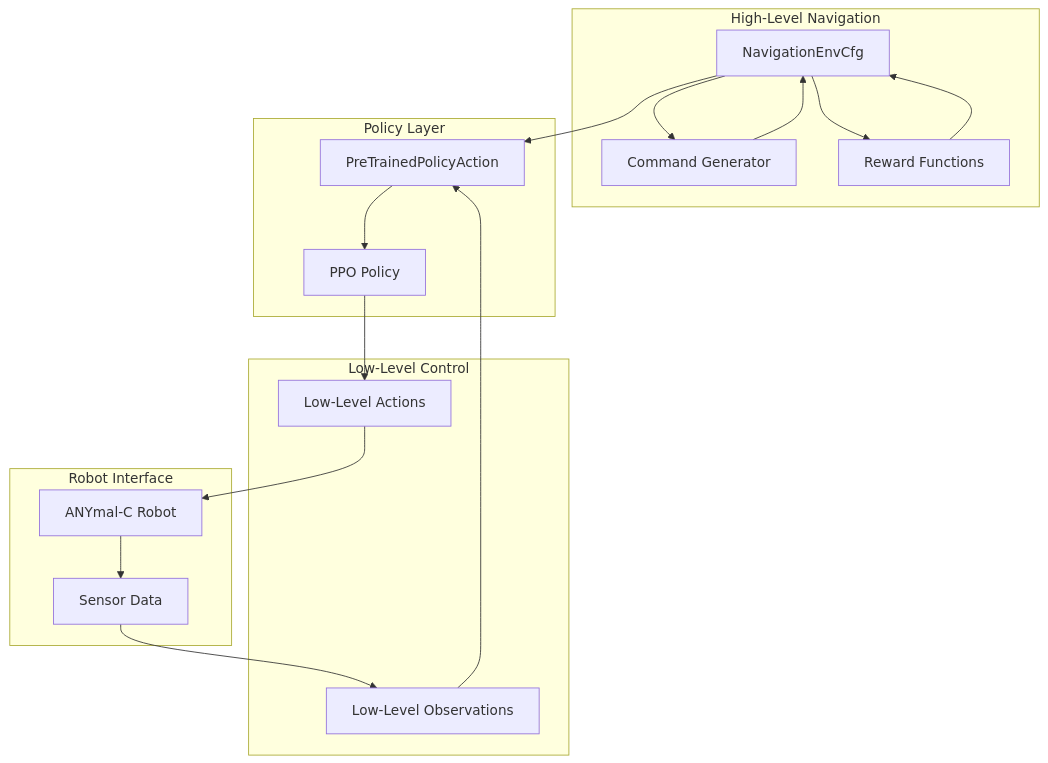
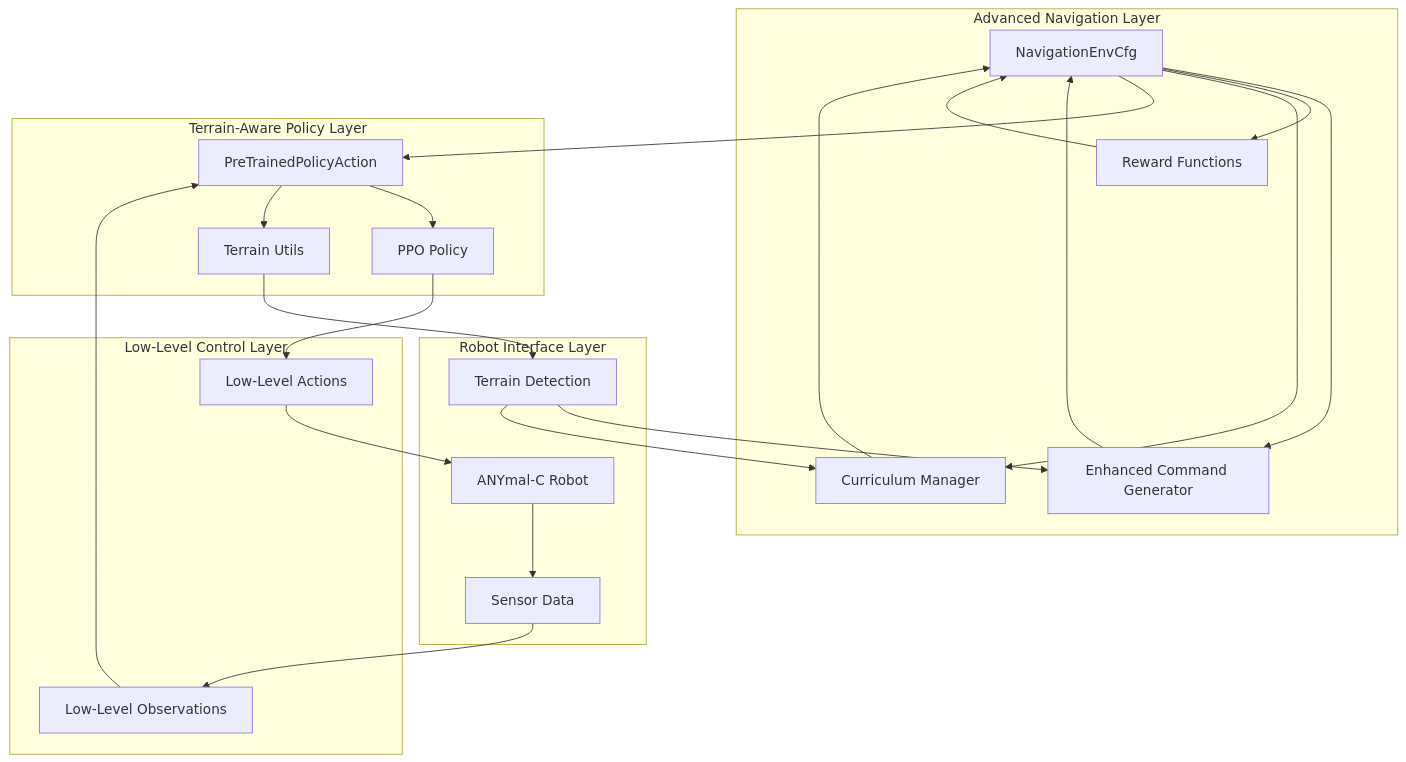
Before and after one commit to jayjayhust/robot_lab: the first of 10 diagrams in .qoder/repowiki/en/content/Task Configuration Framework/Navigation System Overview.md, drawn with Mermaid. The commit also changed other lines of this file and 14 other files, not shown here.

````diff
--- a/.qoder/repowiki/en/content/Task Configuration Framework/Navigation System Overview.md
+++ b/.qoder/repowiki/en/content/Task Configuration Framework/Navigation System Overview.md
@@ -36,31 +50,40 @@
 ```mermaid
 graph TB
-subgraph "High-Level Navigation"
+subgraph "Advanced Navigation Layer"
 NAVCFG[NavigationEnvCfg]
-CMD[Command Generator]
+CMD[Enhanced Command Generator]
 RW[Reward Functions]
+CUR[Curriculum Manager]
 end
-subgraph "Policy Layer"
+subgraph "Terrain-Aware Policy Layer"
 PTAP[PreTrainedPolicyAction]
 POL[PPO Policy]
+UTIL[Terrain Utils]
 end
-subgraph "Low-Level Control"
+subgraph "Low-Level Control Layer"
 LLACT[Low-Level Actions]
 OBS[Low-Level Observations]
 end
-subgraph "Robot Interface"
+subgraph "Robot Interface Layer"
 ROBOT[ANYmal-C Robot]
 SENS[Sensor Data]
+TERRAIN[Terrain Detection]
 end
 NAVCFG --> CMD
 NAVCFG --> RW
+NAVCFG --> CUR
 NAVCFG --> PTAP
 PTAP --> POL
+PTAP --> UTIL
+UTIL --> TERRAIN
 POL --> LLACT
 LLACT --> ROBOT
 CMD --> NAVCFG
 RW --> NAVCFG
+CUR --> NAVCFG
 OBS --> PTAP
 SENS --> OBS
+TERRAIN --> CMD
+TERRAIN --> CUR
 ROBOT --> SENS
 ```
````
